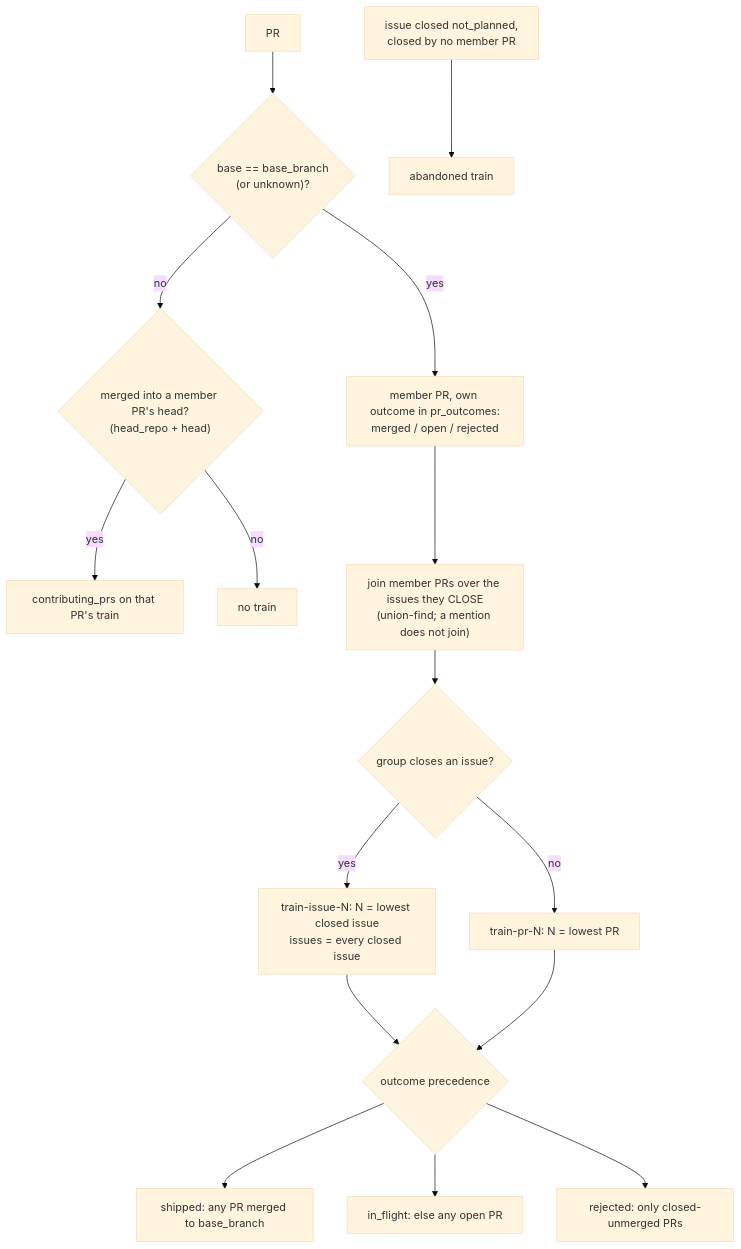
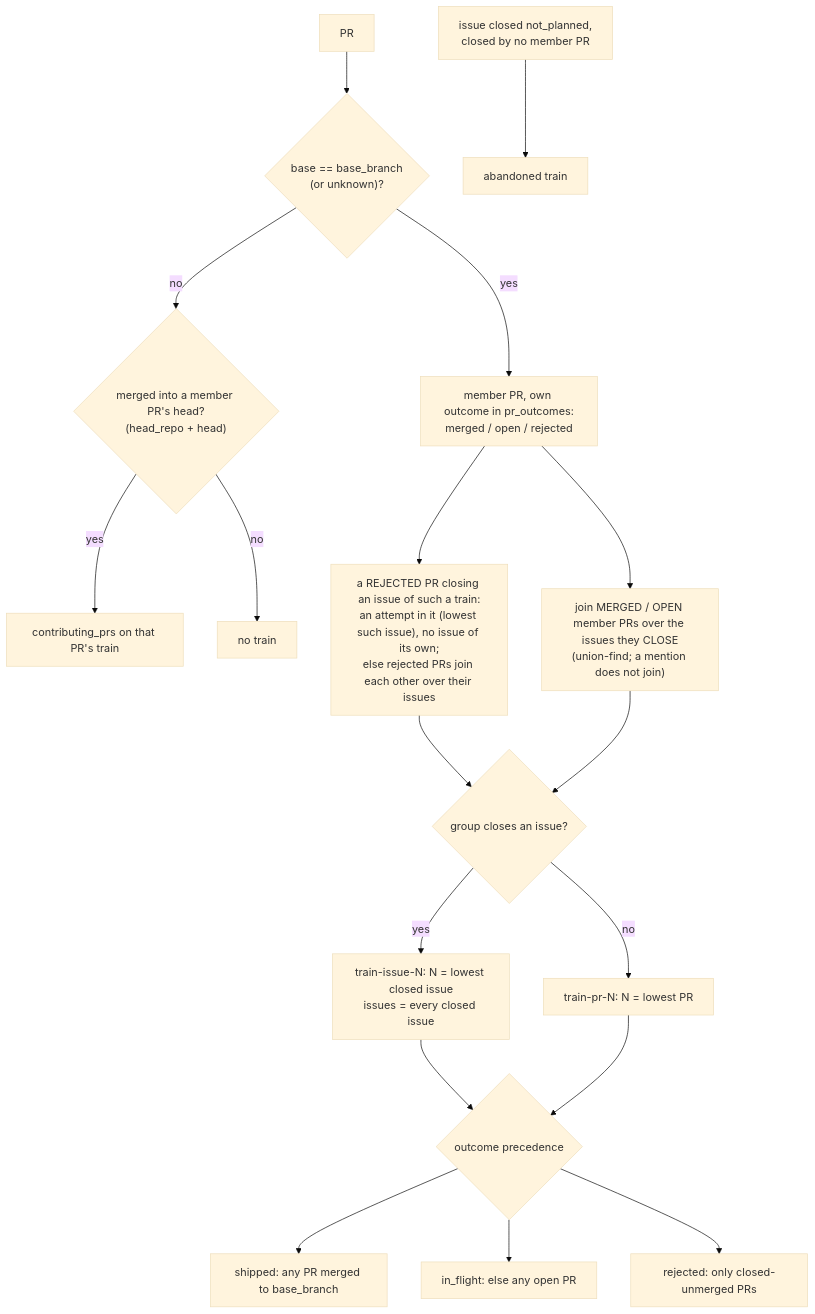
The ninth of 12 diagrams in .claude/skills/activity-overview/docs/LLD.md (DamianFlynn/experiments), drawn with Mermaid (base theme) before and after one commit. The commit also changed other lines of this file and 21 other files, not shown here.

````diff
--- a/.claude/skills/activity-overview/docs/LLD.md
+++ b/.claude/skills/activity-overview/docs/LLD.md
@@ -962,18 +962,20 @@
 ```mermaid
 flowchart TB
   pr["PR"] --> tm{"base == base_branch<br/>(or unknown)?"}
   tm -- yes --> mb["member PR, own outcome in pr_outcomes:<br/>merged / open / rejected"]
   tm -- no --> sb{"merged into a member PR's head?<br/>(head_repo + head)"}
   sb -- yes --> cp["contributing_prs on that PR's train"]
   sb -- no --> nt["no train"]
-  mb --> uf["join member PRs over the issues they CLOSE<br/>(union-find; a mention does not join)"]
+  mb --> uf["join MERGED / OPEN member PRs over the issues they CLOSE<br/>(union-find; a mention does not join)"]
+  mb --> rj["a REJECTED PR closing an issue of such a train:<br/>an attempt in it (lowest such issue), no issue of its own;<br/>else rejected PRs join each other over their issues"]
+  rj --> an
   uf --> an{"group closes an issue?"}
   an -- yes --> ti["train-issue-N: N = lowest closed issue<br/>issues = every closed issue"]
   an -- no --> tp["train-pr-N: N = lowest PR"]
   ti --> oc
   tp --> oc
   oc{"outcome precedence"} --> o1["shipped: any PR merged to base_branch"]
   oc --> o2["in_flight: else any open PR"]
   oc --> o3["rejected: only closed-unmerged PRs"]
   ni["issue closed not_planned,<br/>closed by no member PR"] --> o4["abandoned train"]
 ```
````
